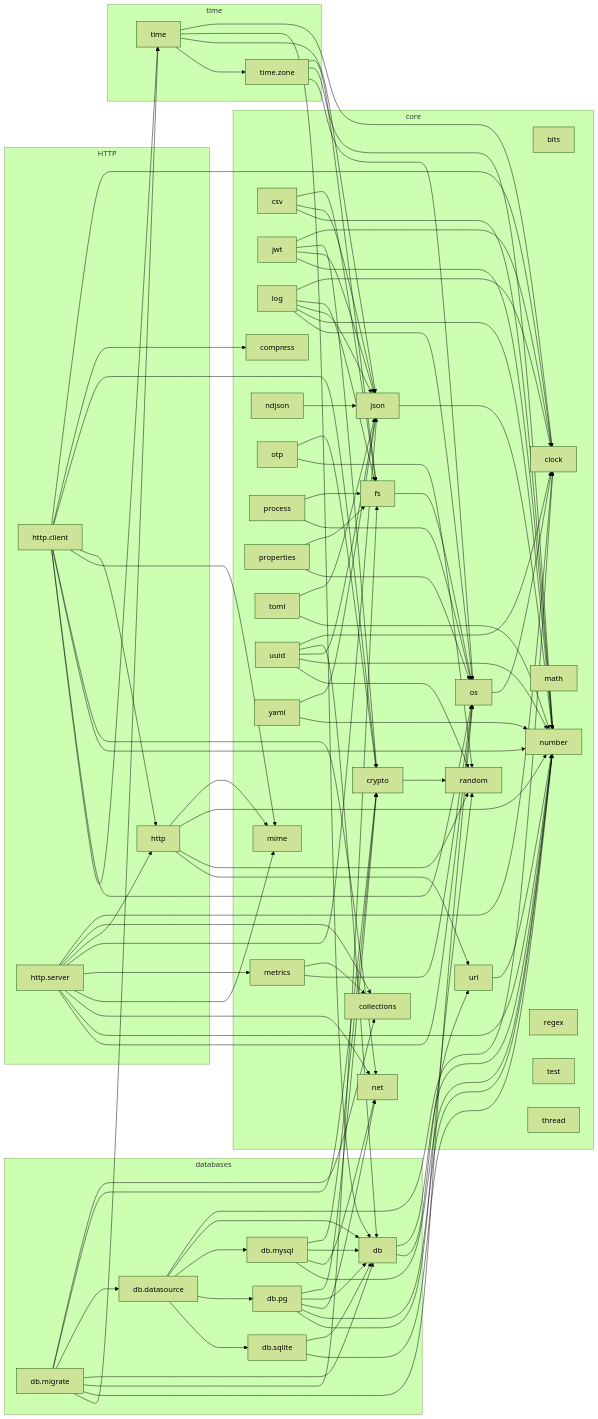
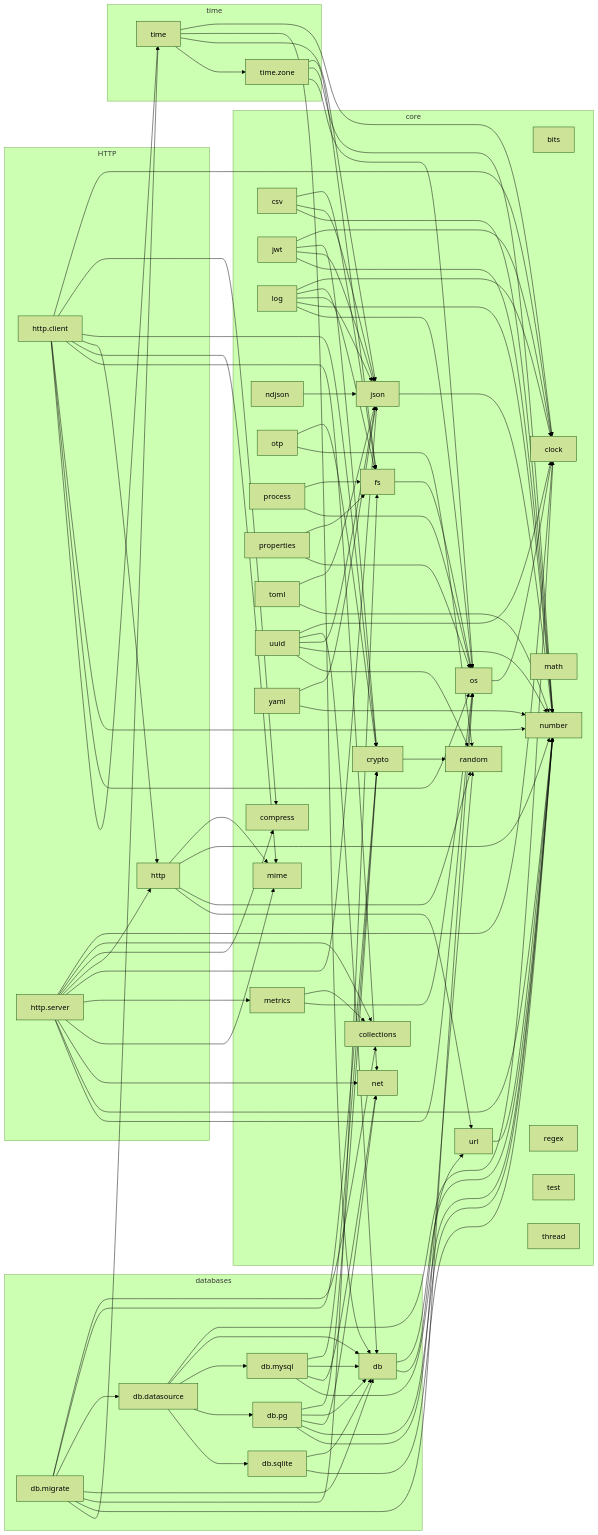
One commit to vasnatech/ziman changed the diagram in docs/lib/dependencies.md. Above: the diagram before and after it, drawn with Mermaid (forest theme). The commit also changed other lines of this file and 16 other files, not shown here.

```diff
--- a/docs/lib/dependencies.md
+++ b/docs/lib/dependencies.md
@@ -117,6 +117,7 @@
     properties --> os
     server --> clock
     server --> collections
+    server --> compress
     server --> http
     server --> json
     server --> metrics
```
